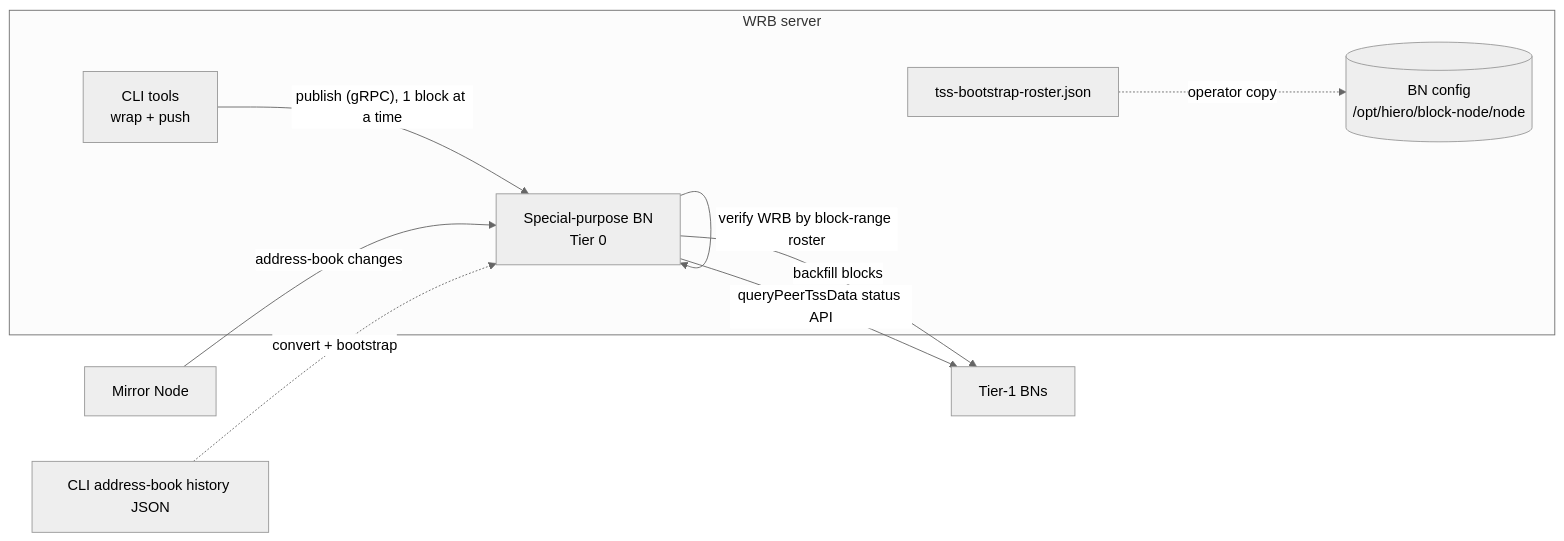
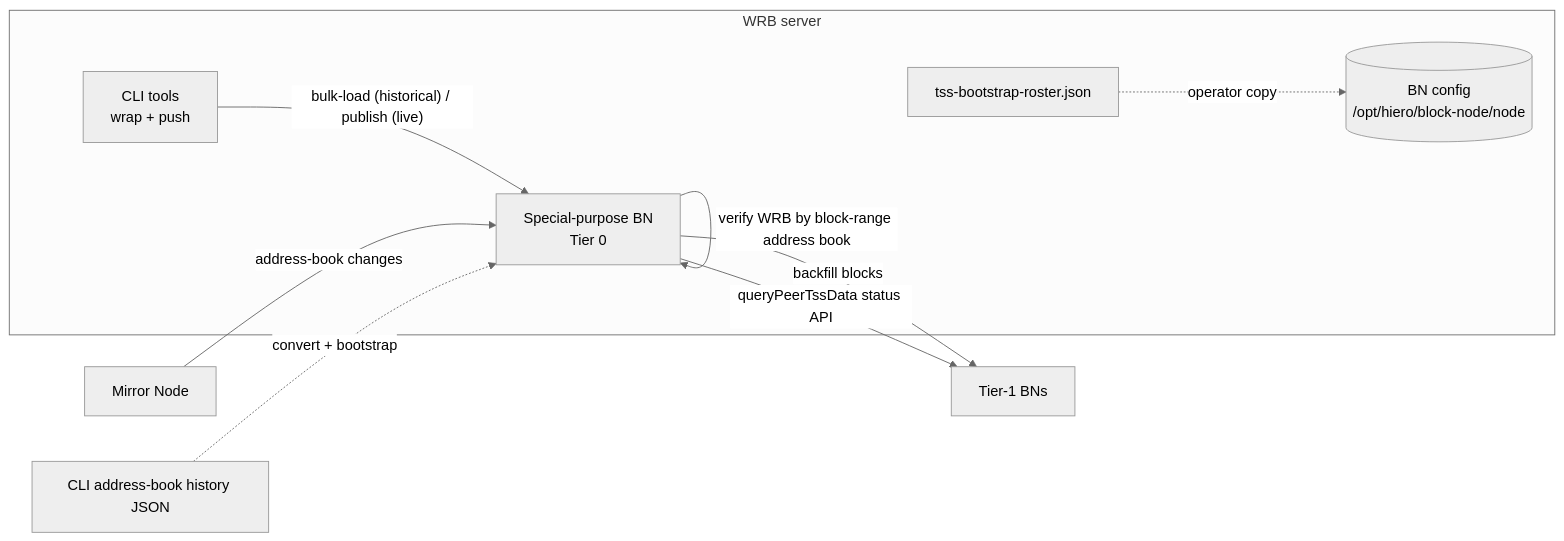
The diagram in docs/design/wrb-streaming/sp-wrb-bn-design.md (hiero-ledger/hiero-block-node), drawn with Mermaid (neutral theme) before and after one commit. The commit also changed other lines of this file, not shown here.

First line of the commit message:
docs: address review corrections on sp-wrb-bn-design (#2948)

````diff
--- a/docs/design/wrb-streaming/sp-wrb-bn-design.md
+++ b/docs/design/wrb-streaming/sp-wrb-bn-design.md
@@ -134,12 +135,12 @@
 ```mermaid
 flowchart LR
     subgraph WRBS [WRB server]
-        CLI[CLI tools<br/>wrap + push] -->|"publish (gRPC), 1 block at a time"| SP[Special-purpose BN<br/>Tier 0]
+        CLI[CLI tools<br/>wrap + push] -->|"bulk-load (historical) / publish (live)"| SP[Special-purpose BN<br/>Tier 0]
         TSSJSON[tss-bootstrap-roster.json] -. operator copy .-> SPCFG[(BN config<br/>/opt/hiero/block-node/node)]
     end
     MN[Mirror Node] -->|address-book changes| SP
     ABH[CLI address-book history JSON] -. convert + bootstrap .-> SP
     SP -->|backfill blocks| T1[Tier-1 BNs]
     SP -->|queryPeerTssData status API| T1
-    SP -->|verify WRB by block-range roster| SP
+    SP -->|verify WRB by block-range address book| SP
 ```
````
